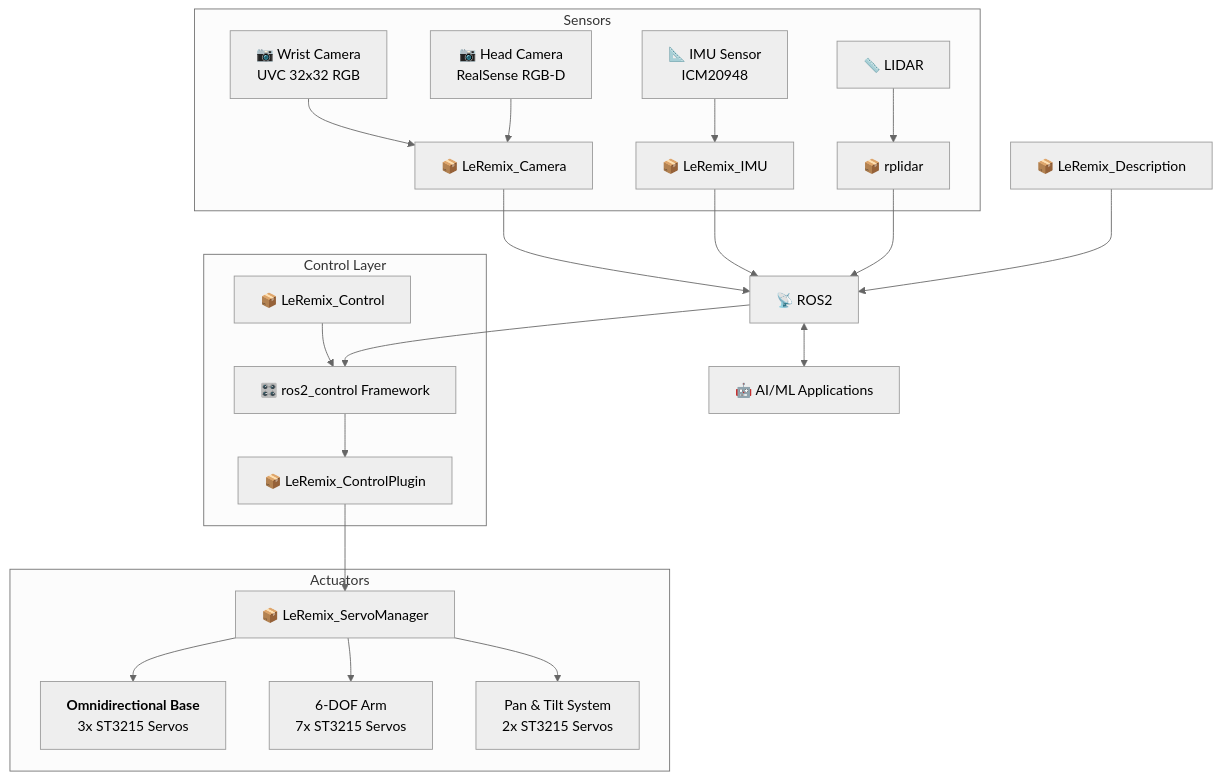
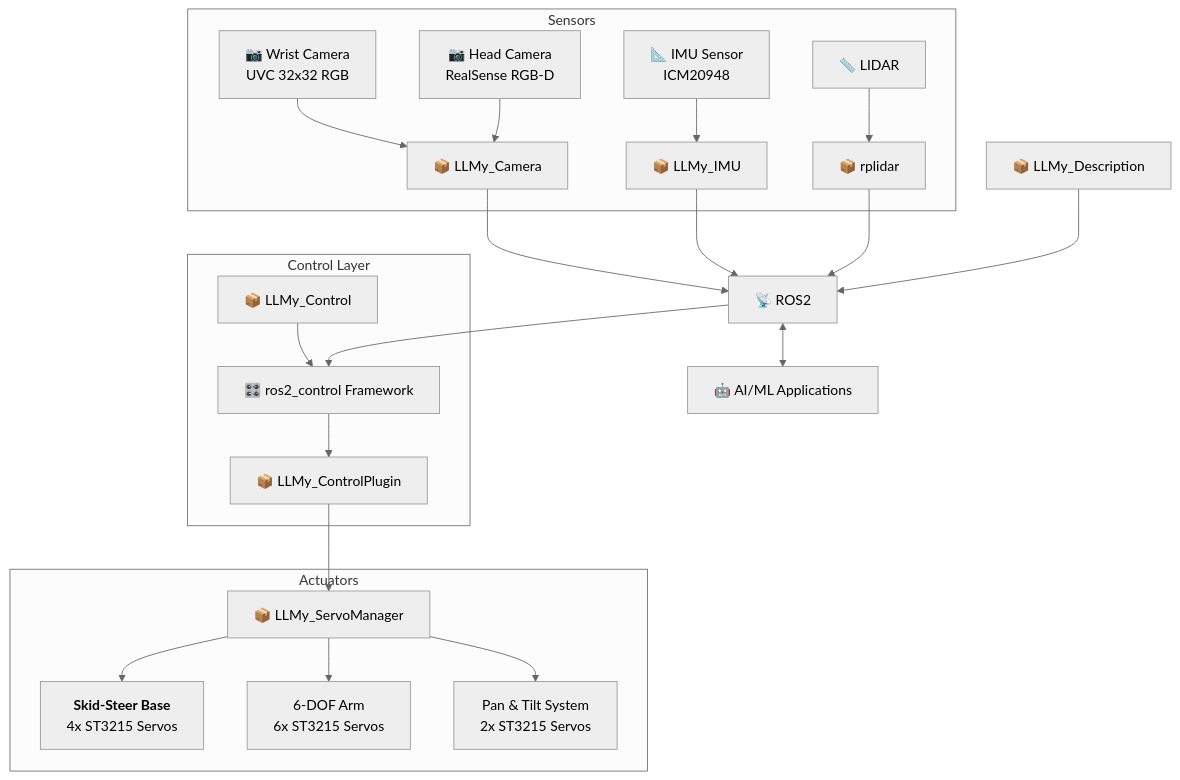
Before and after one commit to cristidragomir97/LLMy: the second of 2 diagrams in README.md, drawn with Mermaid (neutral theme). The commit also changed other lines of this file and 176 other files, not shown here.

````diff
--- a/README.md
+++ b/README.md
@@ -165,55 +165,55 @@
 ```mermaid
 graph TB
 
-    LeRemixDescription[📦 LeRemix_Description]
+    LLMyDescription[📦 LLMy_Description]
     API[📡 ROS2]
     Apps[🤖 AI/ML Applications]
 
     subgraph "Sensors"
         WristCamera[📷 Wrist Camera<br/>UVC 32x32 RGB]
         HeadCamera[📷 Head Camera<br/>RealSense RGB-D]
         IMU[📐 IMU Sensor<br/>ICM20948]
         LIDAR[📏 LIDAR ]
-         CameraNode[📦 LeRemix_Camera]
-        ImuNode[📦 LeRemix_IMU]
+         CameraNode[📦 LLMy_Camera]
+        ImuNode[📦 LLMy_IMU]
         LidarNode[📦 rplidar]
     end
 
     subgraph "Control Layer"
         Control[🎛️ ros2_control Framework]
-        LeRemixControl[📦 LeRemix_Control]
-        LeRemixControlPlugin[📦 LeRemix_ControlPlugin]
+        LLMyControl[📦 LLMy_Control]
+        LLMyControlPlugin[📦 LLMy_ControlPlugin]
     end
     
     subgraph "Actuators"
-        LeRemixServoManager[📦 LeRemix_ServoManager]
-        Base[<strong>Omnidirectional Base</strong><br/>3x ST3215 Servos]
-        Arm[6-DOF Arm<br/>7x ST3215 Servos]
+        LLMyServoManager[📦 LLMy_ServoManager]
+        Base[<strong>Skid-Steer Base</strong><br/>4x ST3215 Servos]
+        Arm[6-DOF Arm<br/>6x ST3215 Servos]
         Head[Pan & Tilt System<br/>2x ST3215 Servos]
     end
 
 
     %% Top to bottom flow
-    LeRemixDescription --> API
+    LLMyDescription --> API
 
     LIDAR --> LidarNode
     WristCamera --> CameraNode
     HeadCamera --> CameraNode
     IMU --> ImuNode
 
     LidarNode --> API
     CameraNode --> API
     ImuNode --> API
 
     API <--> Apps
     API --> Control
 
-    LeRemixControl --> Control
-    Control --> LeRemixControlPlugin
-    LeRemixControlPlugin --> LeRemixServoManager
+    LLMyControl --> Control
+    Control --> LLMyControlPlugin
+    LLMyControlPlugin --> LLMyServoManager
 
-    LeRemixServoManager --> Base
-    LeRemixServoManager --> Arm
-    LeRemixServoManager --> Head
+    LLMyServoManager --> Base
+    LLMyServoManager --> Arm
+    LLMyServoManager --> Head
     
 ```
````
